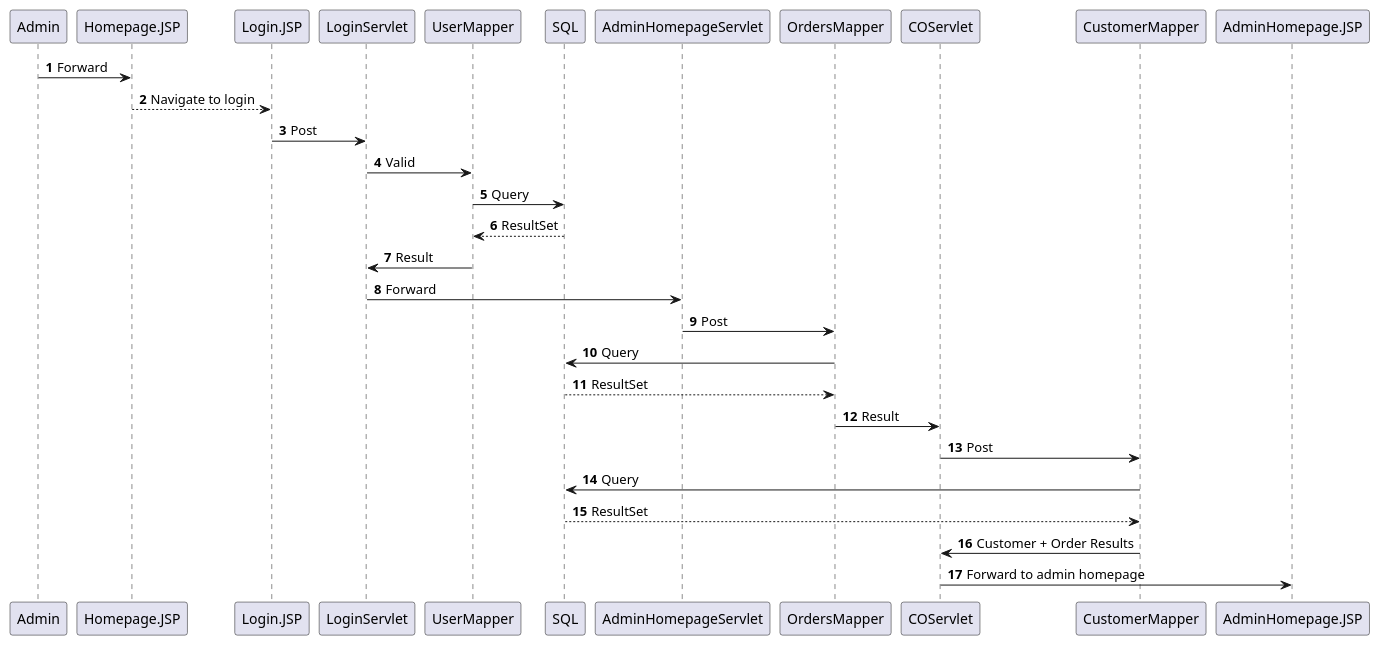
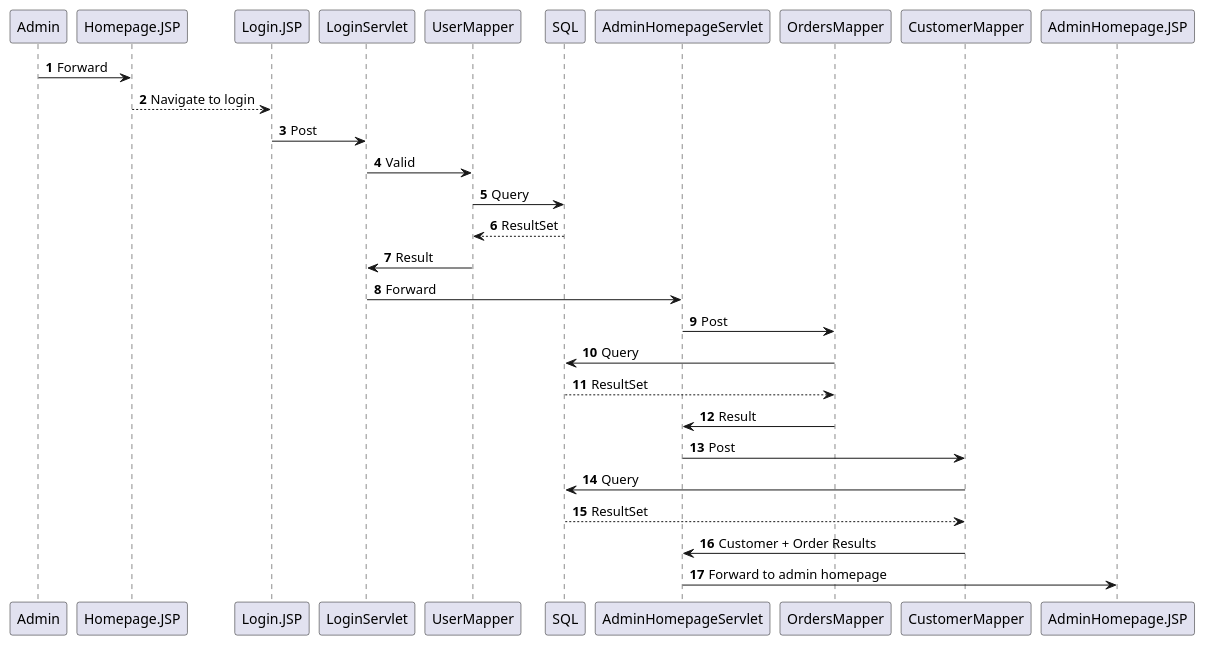
The diagram in documentation/SqAdminHomepage.puml (HeinLarsen/fog-carport), drawn with PlantUML before and after one commit. The commit also changed 2 other files, not shown here.

Commit message:
No COServlet, back to AdminHomepageServlet bliver rettet nu.

```diff
--- a/documentation/SqAdminHomepage.puml
+++ b/documentation/SqAdminHomepage.puml
@@ -1,26 +1,26 @@
 @startuml
 'https://plantuml.com/sequence-diagram
 
 autonumber
 
 Admin -> Homepage.JSP: Forward
 Homepage.JSP --> Login.JSP: Navigate to login
 Login.JSP -> LoginServlet: Post
 LoginServlet -> UserMapper: Valid
 UserMapper -> SQL: Query
 SQL --> UserMapper: ResultSet
 UserMapper -> LoginServlet: Result
 LoginServlet -> AdminHomepageServlet: Forward
 
 AdminHomepageServlet -> OrdersMapper: Post
 OrdersMapper -> SQL: Query
 SQL --> OrdersMapper: ResultSet
-OrdersMapper -> COServlet: Result
-COServlet -> CustomerMapper: Post
+OrdersMapper -> AdminHomepageServlet: Result
+AdminHomepageServlet -> CustomerMapper: Post
 
 CustomerMapper -> SQL: Query
 SQL --> CustomerMapper: ResultSet
-CustomerMapper -> COServlet: Customer + Order Results
-COServlet -> AdminHomepage.JSP: Forward to admin homepage
+CustomerMapper -> AdminHomepageServlet: Customer + Order Results
+AdminHomepageServlet -> AdminHomepage.JSP: Forward to admin homepage
 
 @enduml
```
